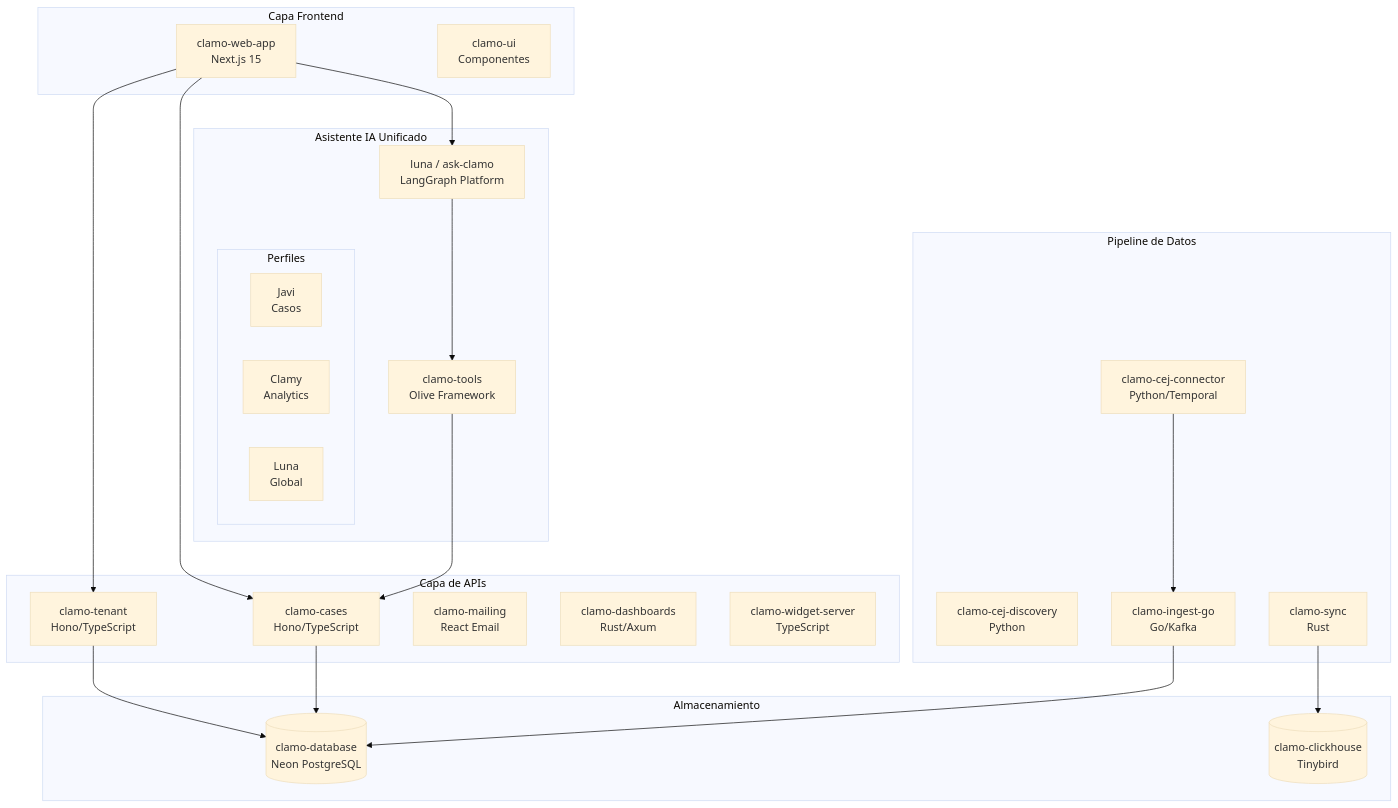
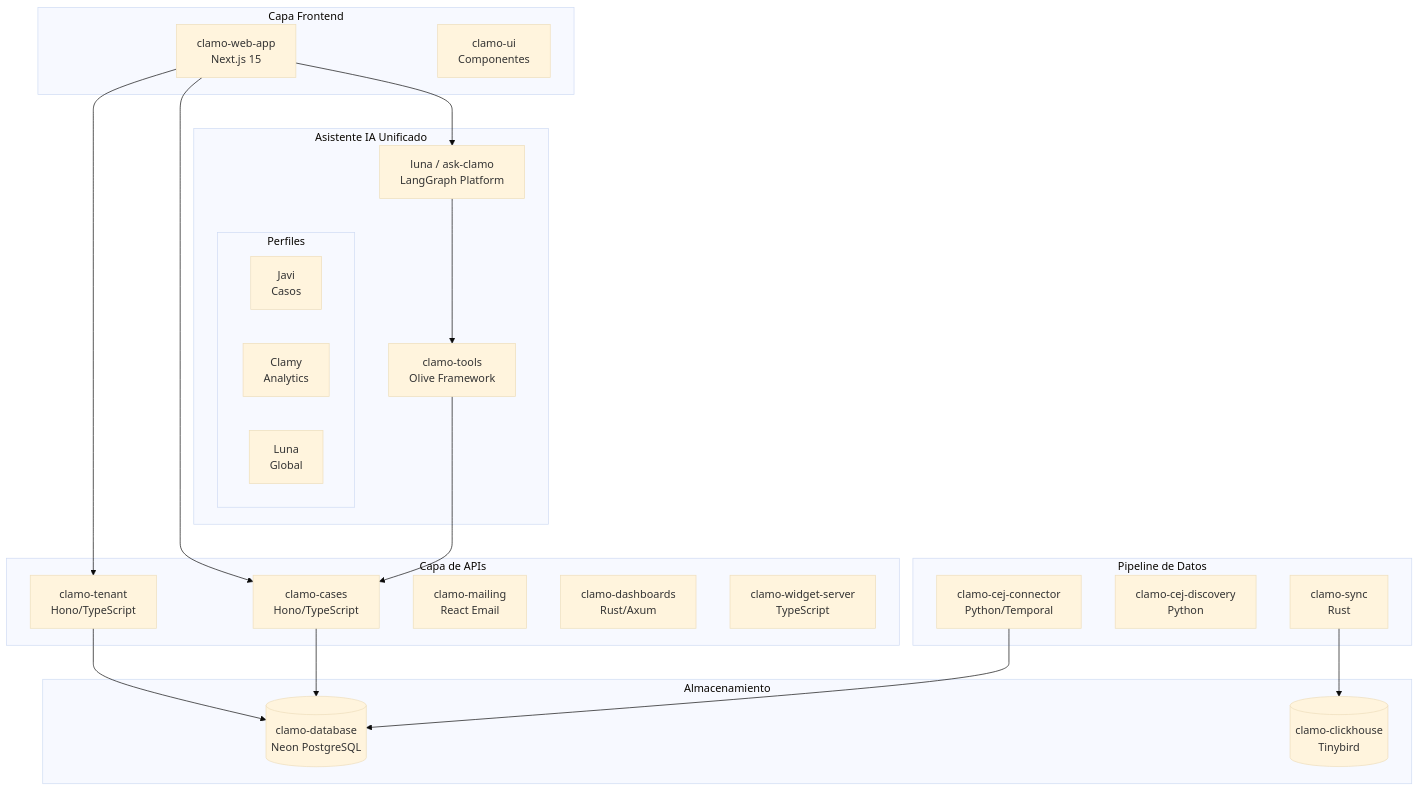
One commit to GetClamo/docs changed the first of 3 diagrams in es/inicio/arquitectura.mdx. Above: the diagram before and after it, drawn with Mermaid (base theme). The commit also changed other lines of this file and 93 other files, not shown here.

````diff
--- a/es/inicio/arquitectura.mdx
+++ b/es/inicio/arquitectura.mdx
@@ -12,48 +12,46 @@
 ```mermaid
 flowchart TB
     subgraph Frontend [Capa Frontend]
         WebApp[clamo-web-app<br/>Next.js 15]
         UI[clamo-ui<br/>Componentes]
     end
 
     subgraph API [Capa de APIs]
         Tenant[clamo-tenant<br/>Hono/TypeScript]
         Cases[clamo-cases<br/>Hono/TypeScript]
         Mailing[clamo-mailing<br/>React Email]
         Dashboards[clamo-dashboards<br/>Rust/Axum]
         Widget[clamo-widget-server<br/>TypeScript]
     end
 
     subgraph AI [Asistente IA Unificado]
         AskClamo[luna / ask-clamo<br/>LangGraph Platform]
         subgraph Profiles [Perfiles]
             Javi[Javi<br/>Casos]
             Clamy[Clamy<br/>Analytics]
             Luna[Luna<br/>Global]
         end
         ClamoTools[clamo-tools<br/>Olive Framework]
     end
 
     subgraph Pipeline [Pipeline de Datos]
         CEJ[clamo-cej-connector<br/>Python/Temporal]
         Discovery[clamo-cej-discovery<br/>Python]
-        Ingest[clamo-ingest-go<br/>Go/Kafka]
         Sync[clamo-sync<br/>Rust]
     end
 
     subgraph Storage [Almacenamiento]
         DB[(clamo-database<br/>Neon PostgreSQL)]
         Analytics[(clamo-clickhouse<br/>Tinybird)]
     end
 
     WebApp --> Tenant
     WebApp --> Cases
     WebApp --> AskClamo
     Tenant --> DB
     Cases --> DB
-    CEJ --> Ingest
-    Ingest --> DB
+    CEJ --> DB
     Sync --> Analytics
     AskClamo --> ClamoTools
     ClamoTools --> Cases
 ```
````
